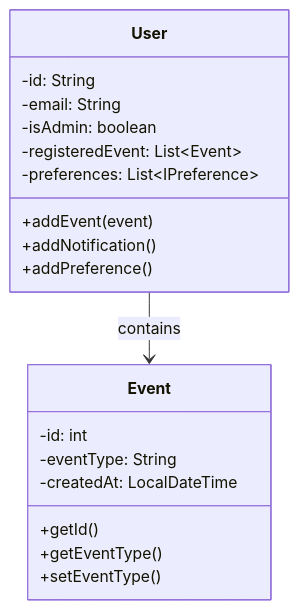
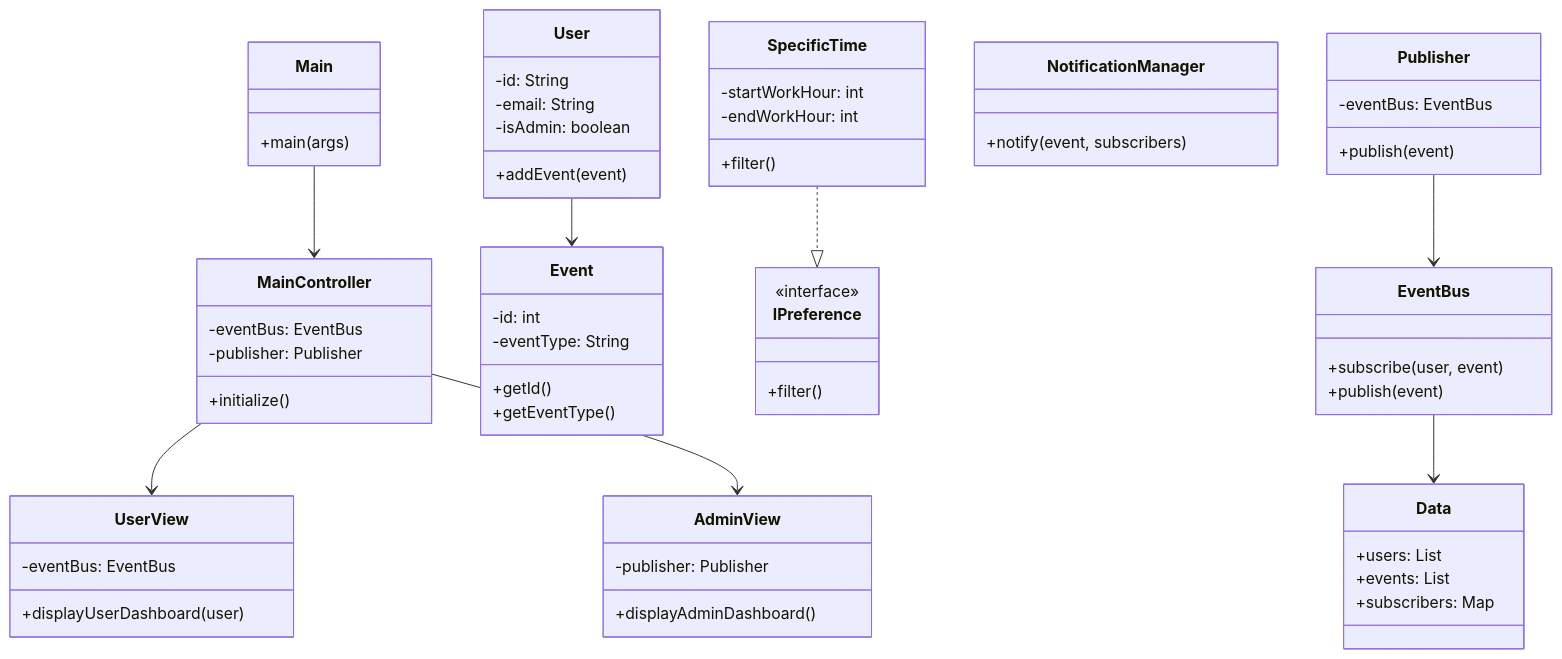
Before and after one commit to Tojan-Naiem/DesignPattern-Project-1: the first of 7 diagrams in README.md, drawn with Mermaid. The commit also changed other lines of this file, not shown here.

Commit message:
Update README.md
Update README.md

Update README.md

Update README.md

Update README.md

````diff
--- a/README.md
+++ b/README.md
@@ -60,25 +9,76 @@
 ```mermaid
 classDiagram
+    class Main {
+        +main(args)
+    }
+
+    class EventBus {
+        +subscribe(user, event)
+        +publish(event)
+    }
+
+    class Publisher {
+        -eventBus: EventBus
+        +publish(event)
+    }
+
     class Event {
         -id: int
         -eventType: String
-        -createdAt: LocalDateTime
         +getId()
         +getEventType()
-        +setEventType()
     }
 
     class User {
         -id: String
         -email: String
         -isAdmin: boolean
-        -registeredEvent: List~Event~
-        -preferences: List~IPreference~
         +addEvent(event)
-        +addNotification()
-        +addPreference()
     }
 
-    %% Model relationships
-    User --> Event : contains
+    class Data {
+        +users: List
+        +events: List
+        +subscribers: Map
+    }
+
+    class NotificationManager {
+        +notify(event, subscribers)
+    }
+
+    class IPreference {
+        <<interface>>
+        +filter()
+    }
+
+    class SpecificTime {
+        -startWorkHour: int
+        -endWorkHour: int
+        +filter()
+    }
+
+    class MainController {
+        -eventBus: EventBus
+        -publisher: Publisher
+        +initialize()
+    }
+
+    class UserView {
+        -eventBus: EventBus
+        +displayUserDashboard(user)
+    }
+
+    class AdminView {
+        -publisher: Publisher
+        +displayAdminDashboard()
+    }
+
+    %% Relationships
+    Main --> MainController
+    Publisher --> EventBus
+    EventBus --> Data
+    User --> Event
+    SpecificTime ..|> IPreference
+    MainController --> UserView
+    MainController --> AdminView
 ```
````
